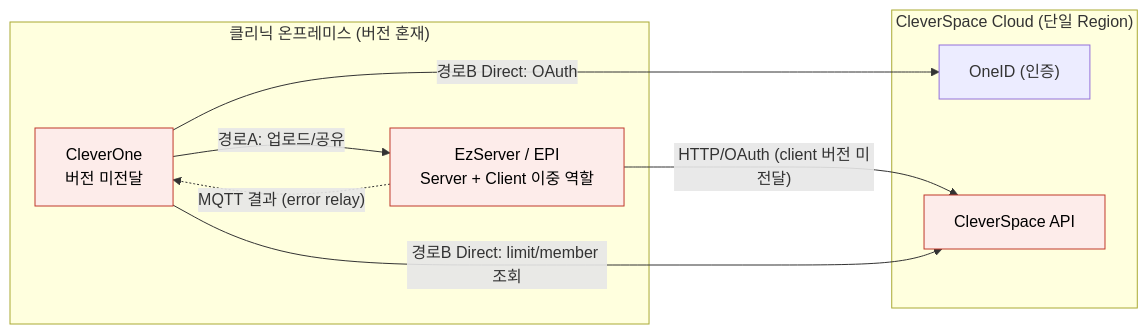
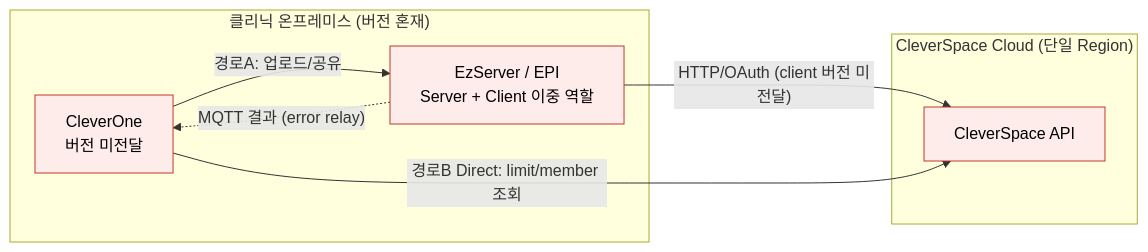
Before and after one commit to gracegyu/scp-architecture: the fifth of 14 diagrams in docs/VT_API_Gateway/08.VT_API_Gateway/VT API Gateway — PRD (v2)/VT API Gateway — 개발 Roadmap 결정.md, drawn with Mermaid. The commit also changed other lines of this file and 17 other files, not shown here.

````diff
--- a/docs/VT_API_Gateway/08.VT_API_Gateway/VT API Gateway — PRD (v2)/VT API Gateway — 개발 Roadmap 결정.md
+++ b/docs/VT_API_Gateway/08.VT_API_Gateway/VT API Gateway — PRD (v2)/VT API Gateway — 개발 Roadmap 결정.md
@@ -171,20 +171,18 @@
 ```mermaid
 flowchart LR
     subgraph CLINIC["클리닉 온프레미스 (버전 혼재)"]
         CO["CleverOne<br/>버전 미전달"]
         EZ["EzServer / EPI<br/>Server + Client 이중 역할"]
     end
     subgraph CLOUD["CleverSpace Cloud (단일 Region)"]
-        OID["OneID (인증)"]
         CS["CleverSpace API"]
     end
 
     CO -->|"경로A: 업로드/공유"| EZ
     EZ -->|"HTTP/OAuth (client 버전 미전달)"| CS
     EZ -.->|"MQTT 결과 (error relay)"| CO
-    CO -->|"경로B Direct: OAuth"| OID
     CO -->|"경로B Direct: limit/member 조회"| CS
 
     classDef gap fill:#fdecea,stroke:#c0392b,color:#000;
     class CO,CS,EZ gap;
 ```
````
